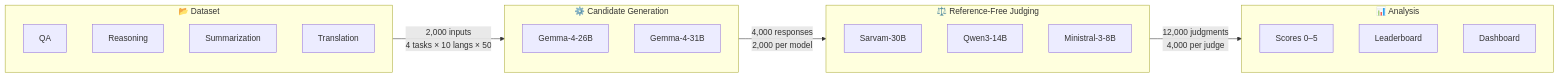
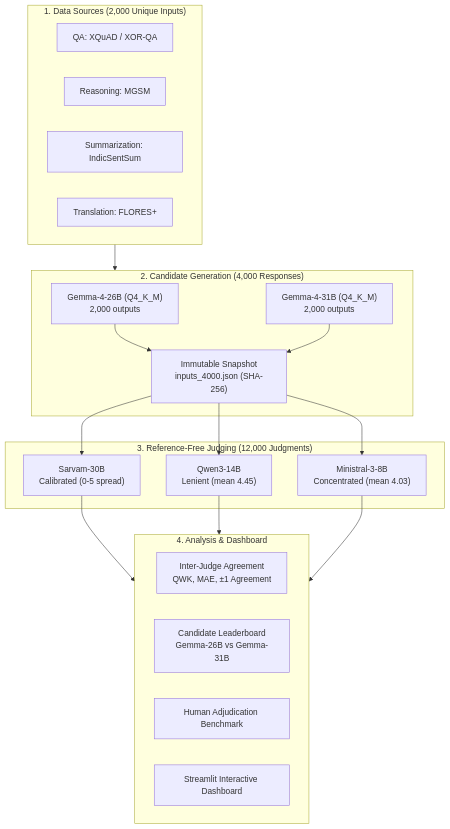
One commit to avijit004/IndicJudge_IBM_LLM changed the diagram in README.md. Above: the diagram before and after it, drawn with Mermaid. The commit also changed other lines of this file and 24 other files, not shown here.

````diff
--- a/README.md
+++ b/README.md
@@ -9,30 +93,33 @@
 ```mermaid
-flowchart LR
-    subgraph Dataset["📂 Dataset"]
-        QA["QA"]
-        RE["Reasoning"]
-        SU["Summarization"]
-        TR["Translation"]
+flowchart TD
+    subgraph Data["1. Data Sources (2,000 Unique Inputs)"]
+        D1["QA: XQuAD / XOR-QA"]
+        D2["Reasoning: MGSM"]
+        D3["Summarization: IndicSentSum"]
+        D4["Translation: FLORES+"]
     end
 
-    subgraph Generation["⚙️ Candidate Generation"]
-        G26["Gemma-4-26B"]
-        G31["Gemma-4-31B"]
+    subgraph Generation["2. Candidate Generation (4,000 Responses)"]
+        G26["Gemma-4-26B (Q4_K_M)<br/>2,000 outputs"]
+        G31["Gemma-4-31B (Q4_K_M)<br/>2,000 outputs"]
+        Freeze["Immutable Snapshot<br/>inputs_4000.json (SHA-256)"]
     end
 
-    subgraph Judging["⚖️ Reference-Free Judging"]
-        SA["Sarvam-30B"]
-        QW["Qwen3-14B"]
-        MI["Ministral-3-8B"]
+    subgraph Judging["3. Reference-Free Judging (12,000 Judgments)"]
+        J1["Sarvam-30B<br/>Calibrated (0-5 spread)"]
+        J2["Qwen3-14B<br/>Lenient (mean 4.45)"]
+        J3["Ministral-3-8B<br/>Concentrated (mean 4.03)"]
     end
 
-    subgraph Output["📊 Analysis"]
-        SC["Scores 0–5"]
-        LB["Leaderboard"]
-        DA["Dashboard"]
+    subgraph Output["4. Analysis & Dashboard"]
+        M1["Inter-Judge Agreement<br/>QWK, MAE, ±1 Agreement"]
+        M2["Candidate Leaderboard<br/>Gemma-26B vs Gemma-31B"]
+        M3["Human Adjudication Benchmark"]
+        M4["Streamlit Interactive Dashboard"]
     end
 
-    Dataset -->|"2,000 inputs<br/>4 tasks × 10 langs × 50"| Generation
-    Generation -->|"4,000 responses<br/>2,000 per model"| Judging
-    Judging -->|"12,000 judgments<br/>4,000 per judge"| Output
+    Data --> Generation
+    G26 & G31 --> Freeze
+    Freeze --> J1 & J2 & J3
+    J1 & J2 & J3 --> Output
 ```
````
